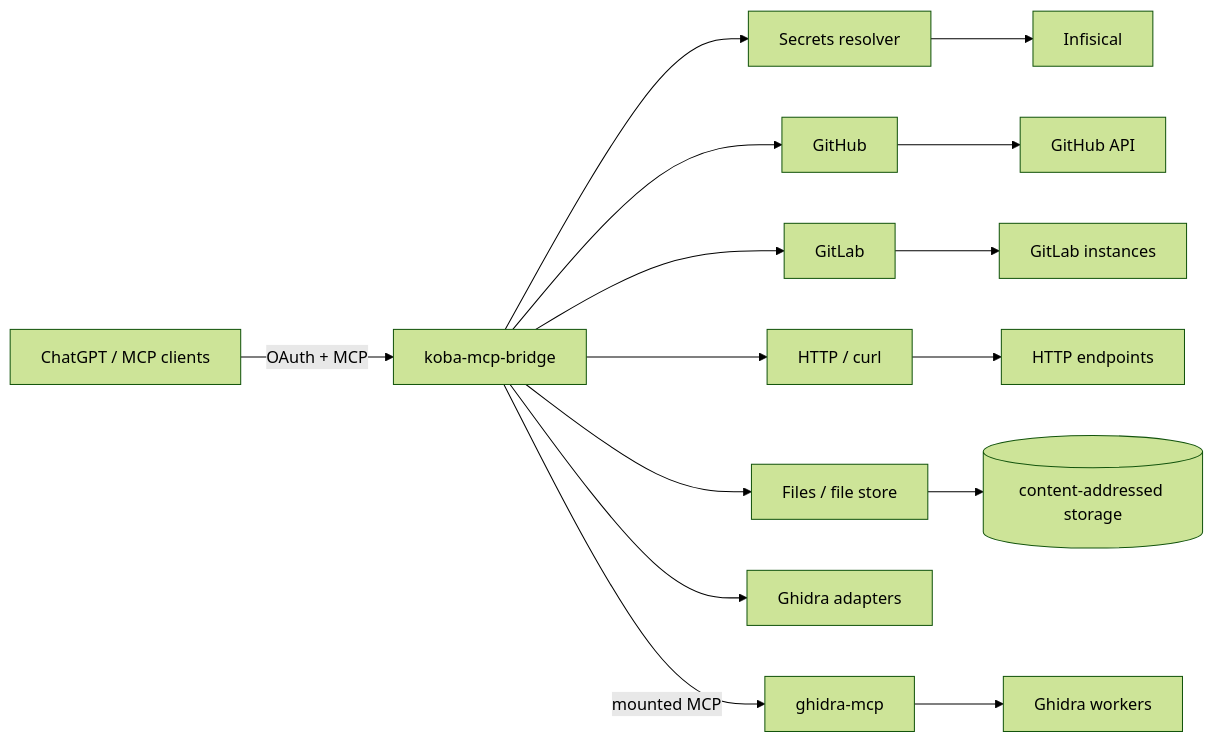
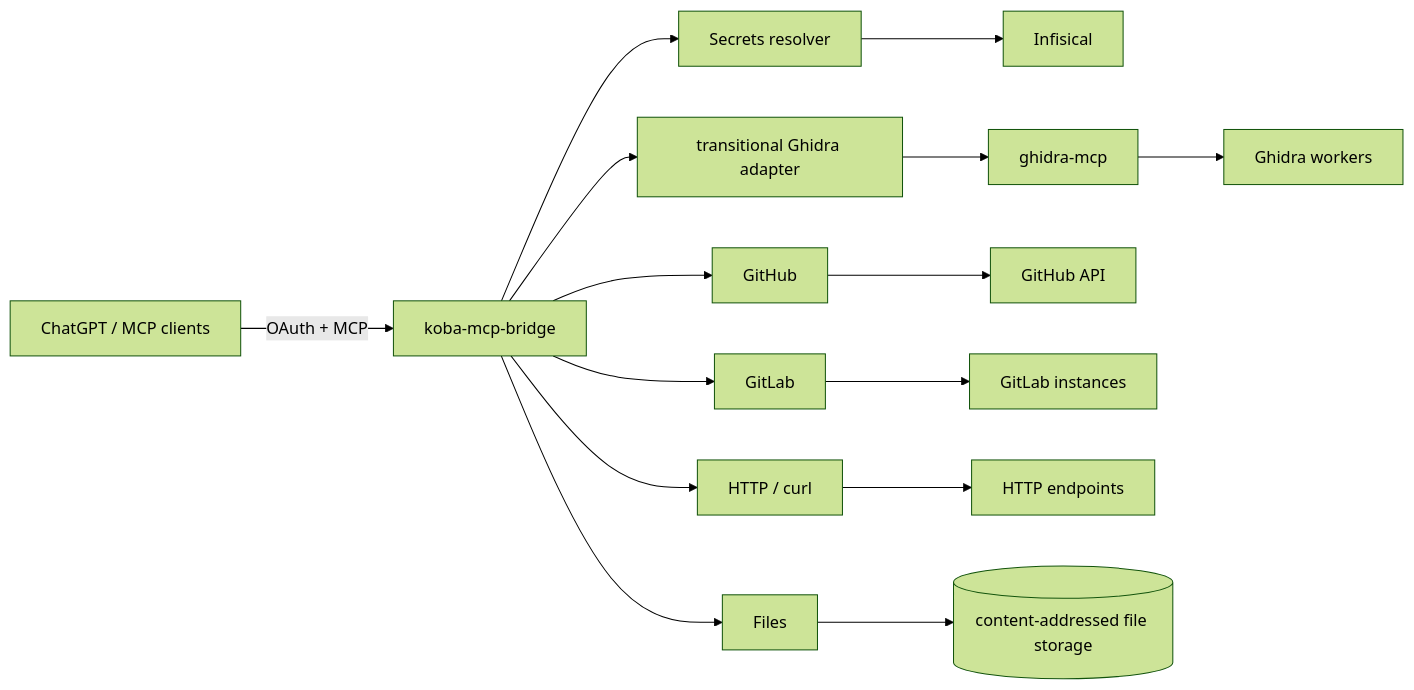
The first of 2 diagrams in docs/architecture/overview.md (ArthurKoba/koba-mcp-bridge), drawn with Mermaid (forest theme) before and after one commit. The commit also changed other lines of this file, not shown here.

Commit message:
docs: define native Ghidra boundary behind Files analysis layer

````diff
--- a/docs/architecture/overview.md
+++ b/docs/architecture/overview.md
@@ -16,20 +16,20 @@
 ```mermaid
 flowchart LR
     C[ChatGPT / MCP clients] -->|OAuth + MCP| B[koba-mcp-bridge]
 
     B --> S[Secrets resolver]
     S --> I[Infisical]
 
     B --> GH[GitHub]
     B --> GL[GitLab]
     B --> HTTP[HTTP / curl]
-    B --> F[Files / file store]
-    B --> GA[Ghidra adapters]
-    B -->|mounted MCP| GM[ghidra-mcp]
+    B --> F[Files]
+    B --> GA[transitional Ghidra adapter]
+    GA --> GM[ghidra-mcp]
 
     GH --> GitHub[GitHub API]
     GL --> GitLab[GitLab instances]
     HTTP --> Internet[HTTP endpoints]
-    F --> Store[(content-addressed storage)]
+    F --> Store[(content-addressed file storage)]
     GM --> Ghidra[Ghidra workers]
 ```
````
